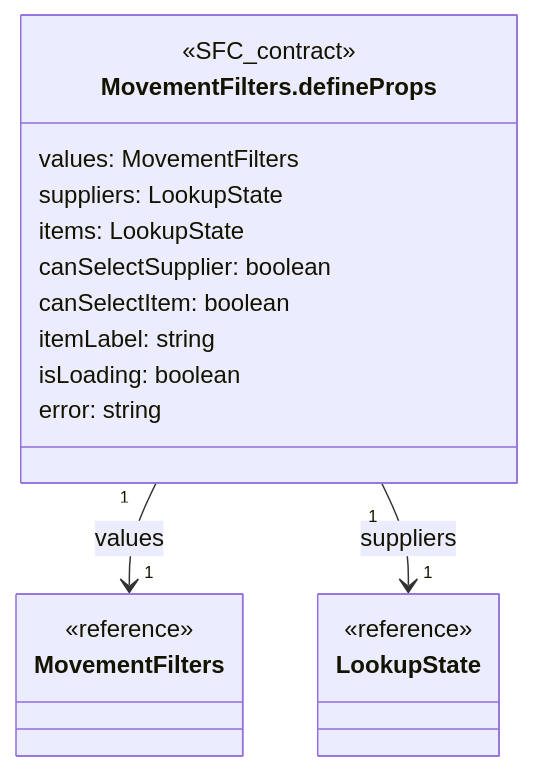
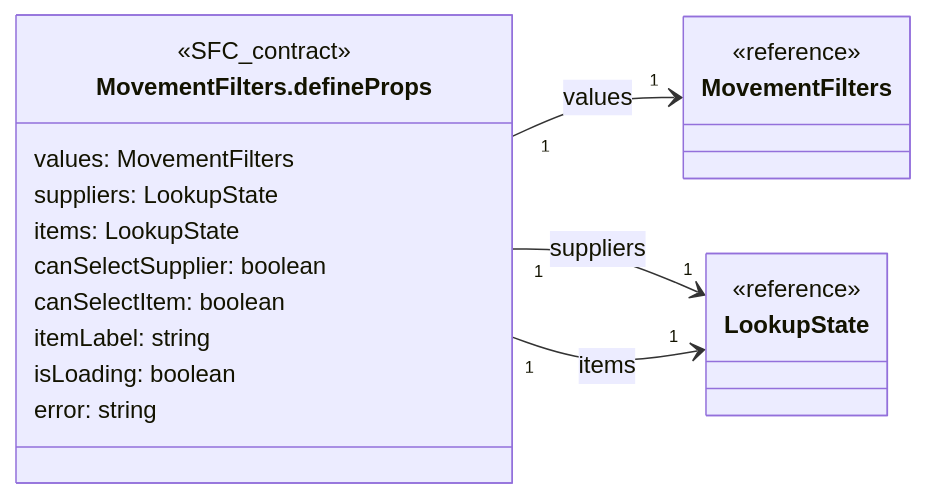
The first of 27 diagrams in front/docs/architecture/views/logical/type-reference/movements.md (gpgsistemas01/nexus), drawn with Mermaid before and after one commit. The commit also changed other lines of this file and 37 other files, not shown here.

Commit message:
docs: depurar diagramas y conservar contratos propios del frontend

````diff
--- a/front/docs/architecture/views/logical/type-reference/movements.md
+++ b/front/docs/architecture/views/logical/type-reference/movements.md
@@ -34,23 +30,24 @@
 ```mermaid
 classDiagram
-    direction TB
+    direction LR
     class Subject["MovementFilters.defineProps"] {
         <<SFC_contract>>
         values: MovementFilters
         suppliers: LookupState
         items: LookupState
         canSelectSupplier: boolean
         canSelectItem: boolean
         itemLabel: string
         isLoading: boolean
         error: string
     }
     class R0["MovementFilters"] {
         <<reference>>
     }
     class R1["LookupState"] {
         <<reference>>
     }
     Subject "1" --> "1" R0 : values
     Subject "1" --> "1" R1 : suppliers
+    Subject "1" --> "1" R1 : items
 ```
````
